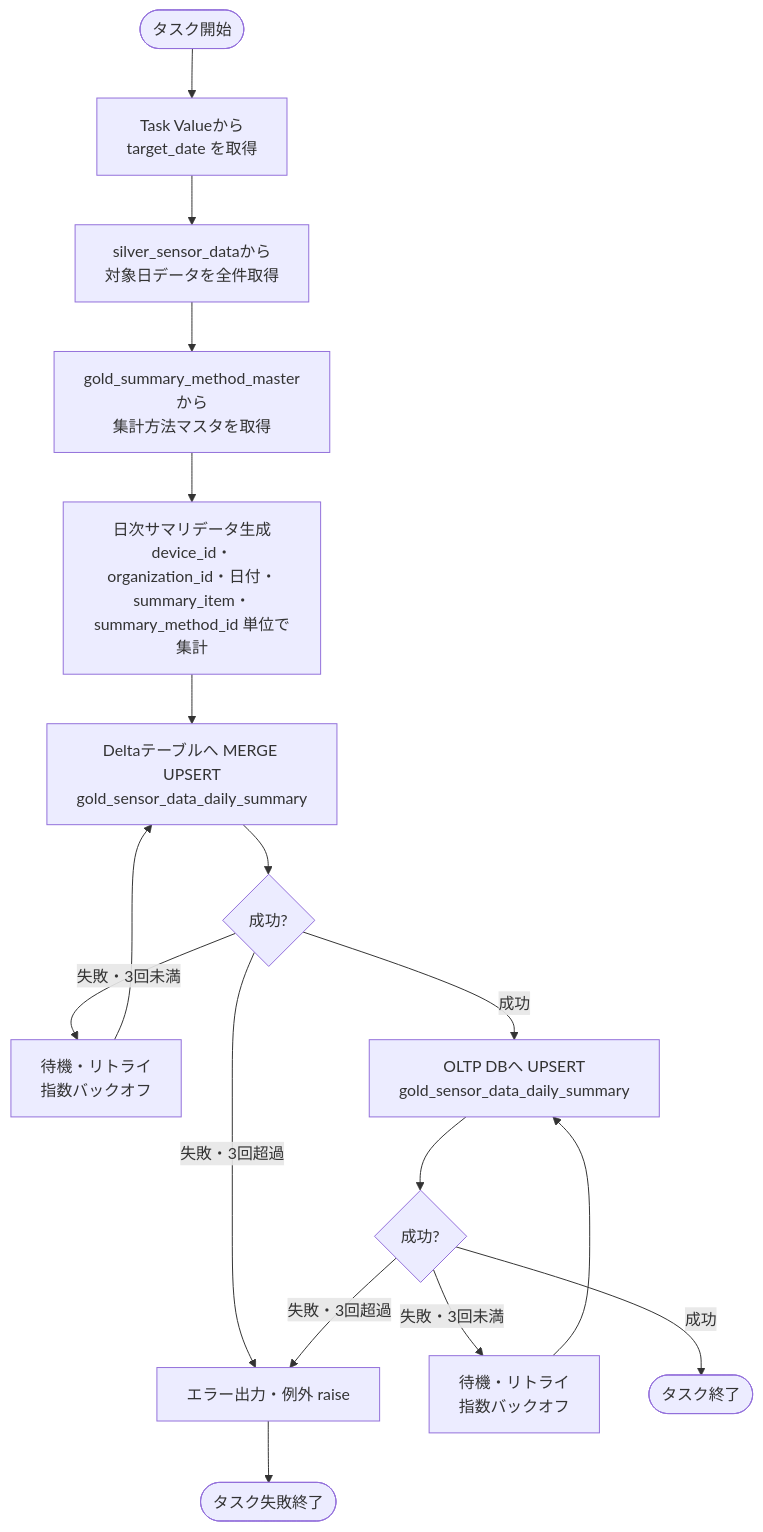
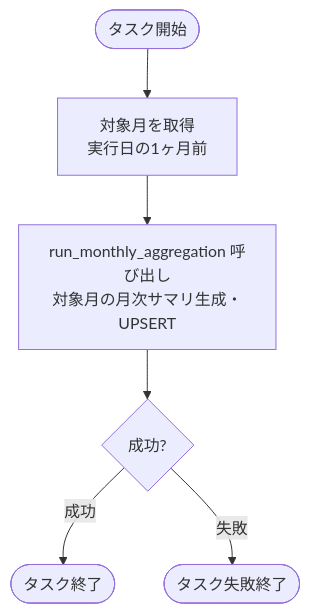
The fourth of 4 diagrams in docs/03-features/batch/gold-data-overwrite/job-specification.md (NSW-SVCP-AIWG002/Databricks-IoT), drawn with Mermaid before and after one commit. The commit also changed other lines of this file and 10 other files, not shown here.

````diff
--- a/docs/03-features/batch/gold-data-overwrite/job-specification.md
+++ b/docs/03-features/batch/gold-data-overwrite/job-specification.md
@@ -472,19 +229,8 @@
 ```mermaid
 flowchart TD
-    Start([タスク開始]) --> GetVal[Task Valueから<br>target_date を取得]
-    GetVal --> GetSilver[silver_sensor_dataから<br>対象日データを全件取得]
-    GetSilver --> GetMethod[gold_summary_method_masterから<br>集計方法マスタを取得]
-    GetMethod --> Gen[日次サマリデータ生成<br>device_id・organization_id・日付・<br>summary_item・summary_method_id 単位で集計]
-    Gen --> DeltaUpsert[Deltaテーブルへ MERGE UPSERT<br>gold_sensor_data_daily_summary]
-    DeltaUpsert --> DeltaResult{成功?}
-    DeltaResult -->|失敗・3回未満| DeltaRetry[待機・リトライ<br>指数バックオフ]
-    DeltaRetry --> DeltaUpsert
-    DeltaResult -->|失敗・3回超過| Error[エラー出力・例外 raise]
-    DeltaResult -->|成功| OLTPUpsert[OLTP DBへ UPSERT<br>gold_sensor_data_daily_summary]
-    OLTPUpsert --> OLTPResult{成功?}
-    OLTPResult -->|失敗・3回未満| OLTPRetry[待機・リトライ<br>指数バックオフ]
-    OLTPRetry --> OLTPUpsert
-    OLTPResult -->|失敗・3回超過| Error
-    OLTPResult -->|成功| End([タスク終了])
-    Error --> Fail([タスク失敗終了])
+    Start([タスク開始]) --> GetMonth[対象月を取得<br>実行日の1ヶ月前]
+    GetMonth --> Call[run_monthly_aggregation 呼び出し<br>対象月の月次サマリ生成・UPSERT]
+    Call --> Result{成功?}
+    Result -->|成功| End([タスク終了])
+    Result -->|失敗| Fail([タスク失敗終了])
 ```
````
